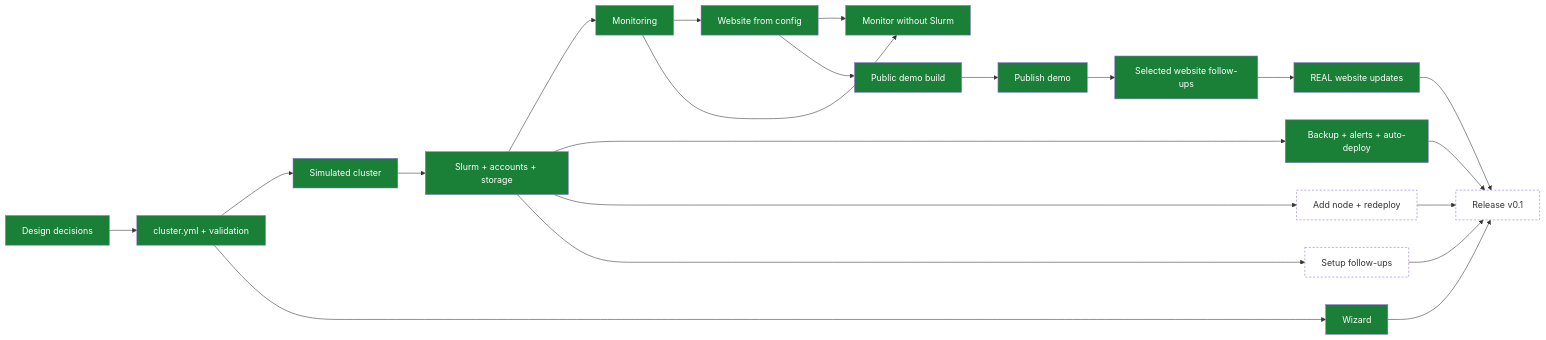
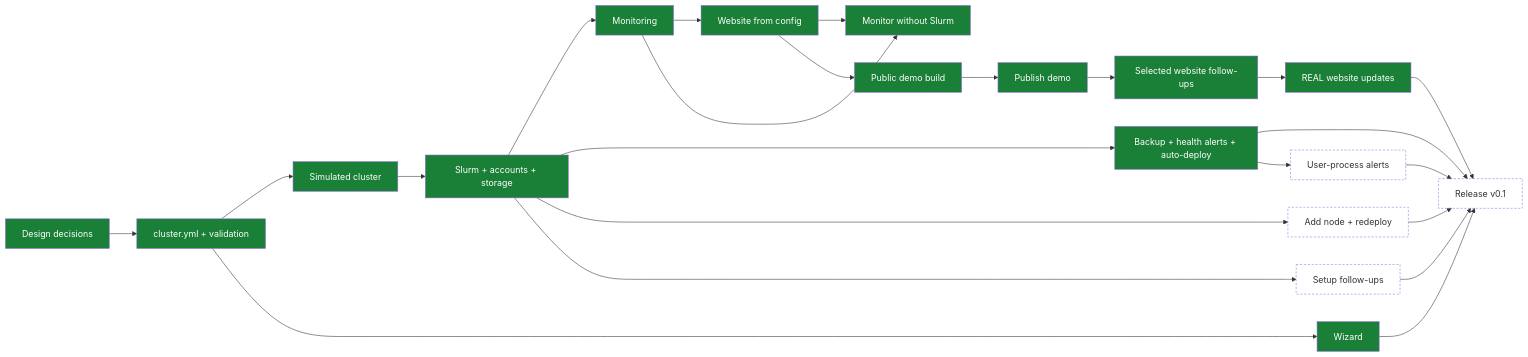
The diagram in TODO.md (enajx/nanoHPC), drawn with Mermaid before and after one commit. The commit also changed other lines of this file and 1 other file, not shown here.

Commit message:
Record the DynamicUser alert safeguard
- Queue the user-process alert exclusion and its regression check
- Update the standing user-check notes with the source finding

````diff
--- a/TODO.md
+++ b/TODO.md
@@ -11,27 +11,29 @@
 ```mermaid
 flowchart LR
   classDef done fill:#1a7f37,color:#fff
   classDef wip fill:#d4a72c,color:#000
   classDef queued fill:none,stroke-dasharray:4 3
 
   D[Design decisions]:::done --> C[cluster.yml + validation]:::done
   C --> SIM[Simulated cluster]:::done
   SIM --> S[Slurm + accounts + storage]:::done
   S --> M[Monitoring]:::done
   M --> W[Website from config]:::done
-  S --> BK[Backup + alerts + auto-deploy]:::done
+  S --> BK[Backup + health alerts + auto-deploy]:::done
   C --> WZ[Wizard]:::done
   M --> MO[Monitor without Slurm]:::done
   W --> MO
   S --> N[Add node + redeploy]:::queued
   W --> DEMO[Public demo build]:::done
   DEMO --> DP[Publish demo]:::done
   DP --> WF[Selected website follow-ups]:::done
   WF --> NW[REAL website updates]:::done
   NW --> R[Release v0.1]:::queued
   BK --> R
+  BK --> UC[User-process alerts]:::queued
+  UC --> R
   WZ --> R
   N --> R
   S --> F[Setup follow-ups]:::queued
   F --> R
 ```
````
